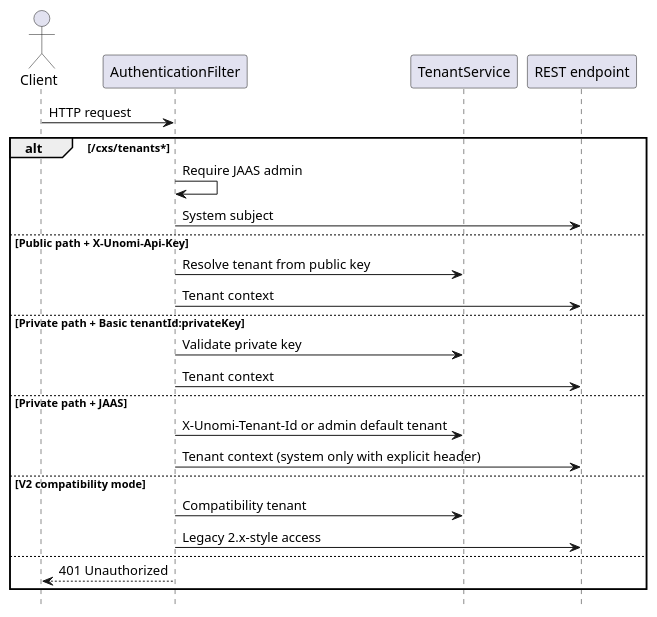
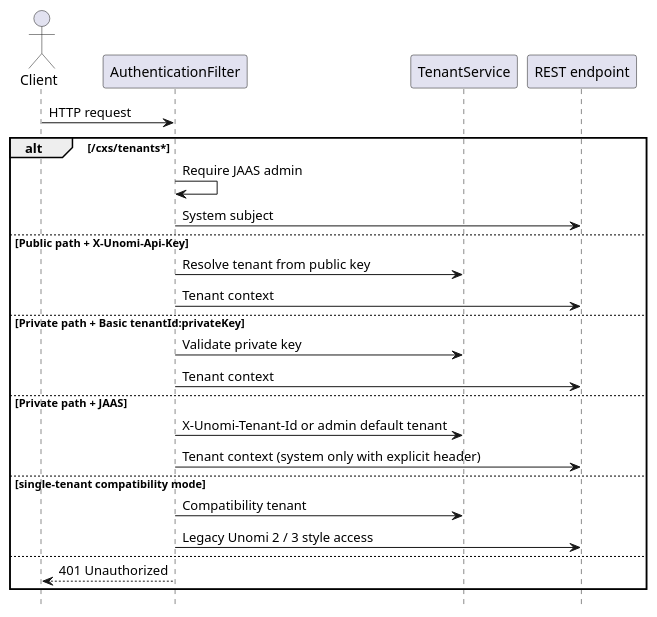
One commit to apache/unomi changed the first of 3 diagrams in manual/src/main/asciidoc/security.adoc. Above: the diagram before and after it, drawn with PlantUML. The commit also changed other lines of this file and 21 other files, not shown here.

Commit message:
UNOMI-1009 UNOMI-1010 UNOMI-1012: Document 4.0 breaking changes and compatibility mode (#941)

```diff
--- a/manual/src/main/asciidoc/security.adoc
+++ b/manual/src/main/asciidoc/security.adoc
@@ -55,32 +55,32 @@
 [plantuml]
 ----
 @startuml
 skinparam shadowing false
 hide footbox
 
 actor Client
 participant "AuthenticationFilter" as Auth
 participant "TenantService" as Tenant
 participant "REST endpoint" as API
 
 Client -> Auth : HTTP request
 alt /cxs/tenants*
   Auth -> Auth : Require JAAS admin
   Auth -> API : System subject
 else Public path + X-Unomi-Api-Key
   Auth -> Tenant : Resolve tenant from public key
   Auth -> API : Tenant context
 else Private path + Basic tenantId:privateKey
   Auth -> Tenant : Validate private key
   Auth -> API : Tenant context
 else Private path + JAAS
   Auth -> Tenant : X-Unomi-Tenant-Id or admin default tenant
   Auth -> API : Tenant context (system only with explicit header)
-else V2 compatibility mode
+else single-tenant compatibility mode
   Auth -> Tenant : Compatibility tenant
-  Auth -> API : Legacy 2.x-style access
+  Auth -> API : Legacy Unomi 2 / 3 style access
 else
   Auth --> Client : 401 Unauthorized
 end
 @enduml
 ----
```
